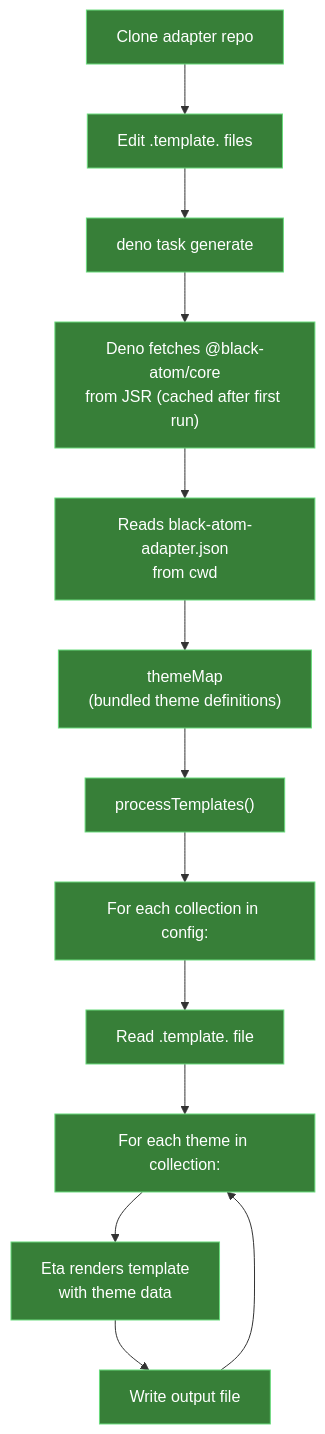
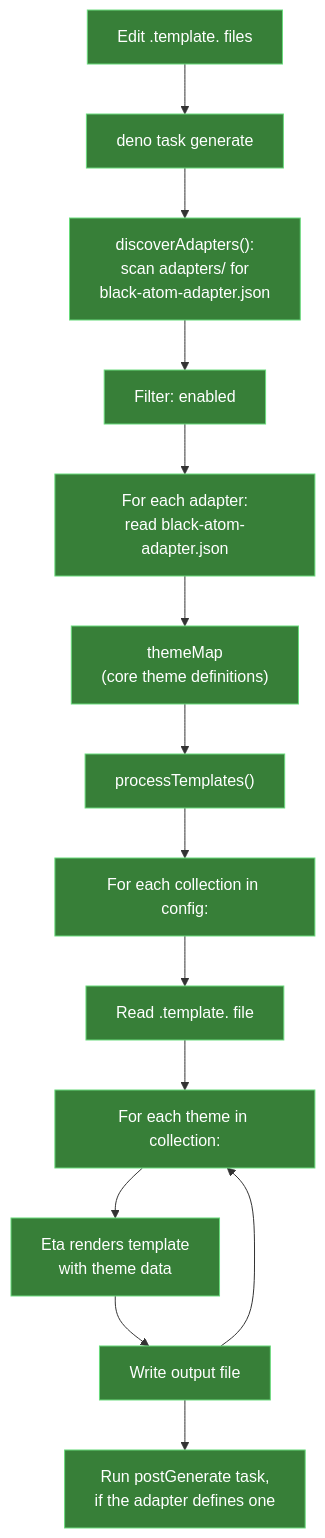
One commit to black-atom-industries/black-atom changed the diagram in core/docs/adapter-generation-architecture.md. Above: the diagram before and after it, drawn with Mermaid. The commit also changed other lines of this file and 15 other files, not shown here.

First line of the commit message:
refactor(core): one generate task over the in-tree adapters black-atom-industries/livery#68

````diff
--- a/core/docs/adapter-generation-architecture.md
+++ b/core/docs/adapter-generation-architecture.md
@@ -18,28 +12,30 @@
 ```mermaid
 flowchart TD
-    A["Clone adapter repo"] --> B["Edit .template. files"]
-    B --> C["deno task generate"]
-    C --> D["Deno fetches @black-atom/core<br/>from JSR (cached after first run)"]
-    D --> E["Reads black-atom-adapter.json<br/>from cwd"]
-    E --> F["themeMap<br/>(bundled theme definitions)"]
+    A["Edit .template. files"] --> B["deno task generate"]
+    B --> C["discoverAdapters():<br/>scan adapters/ for<br/>black-atom-adapter.json"]
+    C --> D["Filter: enabled"]
+    D --> E["For each adapter:<br/>read black-atom-adapter.json"]
+    E --> F["themeMap<br/>(core theme definitions)"]
     F --> G["processTemplates()"]
     G --> H["For each collection in config:"]
     H --> I["Read .template. file"]
     I --> J["For each theme in collection:"]
     J --> K["Eta renders template<br/>with theme data"]
     K --> L["Write output file"]
     L --> J
+    L --> M["Run postGenerate task,<br/>if the adapter defines one"]
 
     style A fill:#377f38,stroke:#69db7c,color:#fff
     style B fill:#377f38,stroke:#69db7c,color:#fff
     style C fill:#377f38,stroke:#69db7c,color:#fff
     style D fill:#377f38,stroke:#69db7c,color:#fff
     style E fill:#377f38,stroke:#69db7c,color:#fff
     style F fill:#377f38,stroke:#69db7c,color:#fff
     style G fill:#377f38,stroke:#69db7c,color:#fff
     style H fill:#377f38,stroke:#69db7c,color:#fff
     style I fill:#377f38,stroke:#69db7c,color:#fff
     style J fill:#377f38,stroke:#69db7c,color:#fff
     style K fill:#377f38,stroke:#69db7c,color:#fff
     style L fill:#377f38,stroke:#69db7c,color:#fff
+    style M fill:#377f38,stroke:#69db7c,color:#fff
 ```
````
